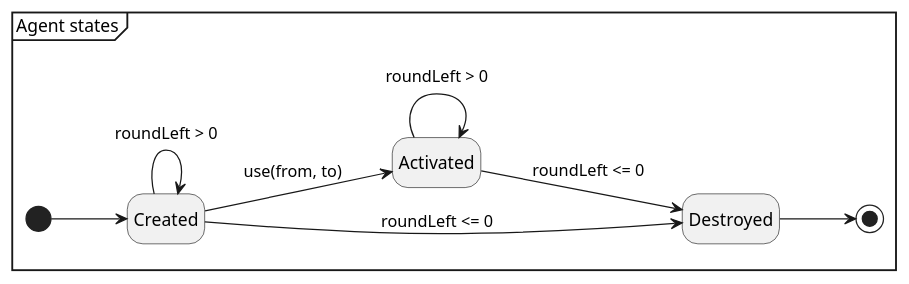
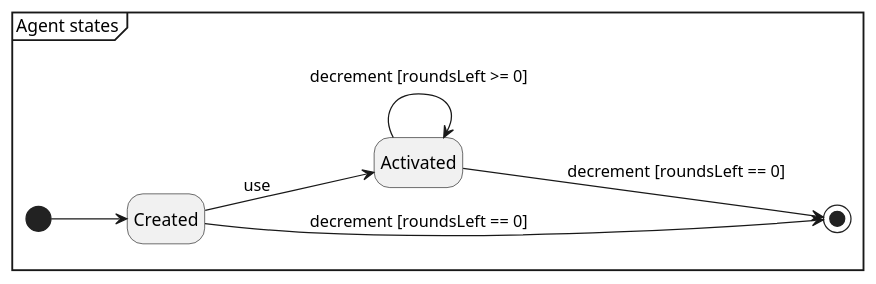
One commit to Tschonti/503-service-unavailable changed the diagram in docs/stateMachines/agentState.puml. Above: the diagram before and after it, drawn with PlantUML. The commit also changed 9 other files, not shown here.

```diff
--- a/docs/stateMachines/agentState.puml
+++ b/docs/stateMachines/agentState.puml
@@ -1,16 +1,15 @@
 @startuml
 'https://plantuml.com/state-diagram
+
 left to right direction
 mainframe Agent states
 hide empty description
 
 state Created
 state Activated
 [*] --> Created
-Created --> Created : roundLeft > 0
-Created --> Destroyed : roundLeft <= 0
-Created --> Activated : use(from, to)
-Activated --> Activated : roundLeft > 0
-Activated --> Destroyed : roundLeft <= 0
-Destroyed-->[*]
+Created --> [*] : decrement [roundsLeft == 0]
+Created --> Activated : use
+Activated --> Activated : decrement [roundsLeft >= 0]
+Activated -->[*] : decrement [roundsLeft == 0]
 @enduml
```
